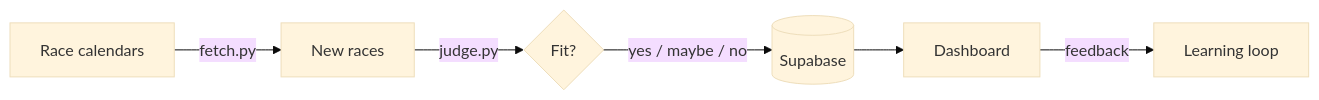
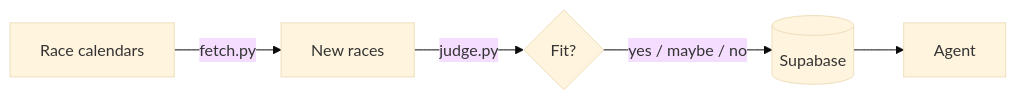
The diagram in README.md (strazdinalaura/run-radar), drawn with Mermaid (base theme) before and after one commit. The commit also changed other lines of this file and 7 other files, not shown here.

````diff
--- a/README.md
+++ b/README.md
@@ -25,8 +25,7 @@
 ```mermaid
 flowchart LR
   A[Race calendars] -->|fetch.py| B[New races]
   B -->|judge.py| C{Fit?}
   C -->|yes / maybe / no| D[(Supabase)]
-  D --> E[Dashboard]
-  E -->|feedback| F[Learning loop]
+  D --> E[Agent]
 ```
````
